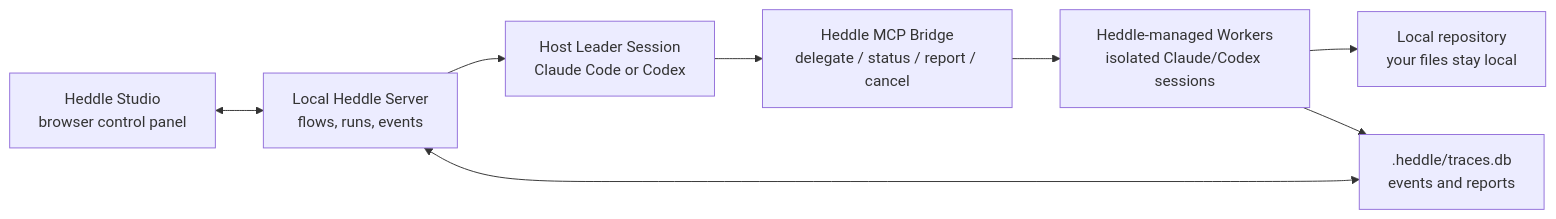
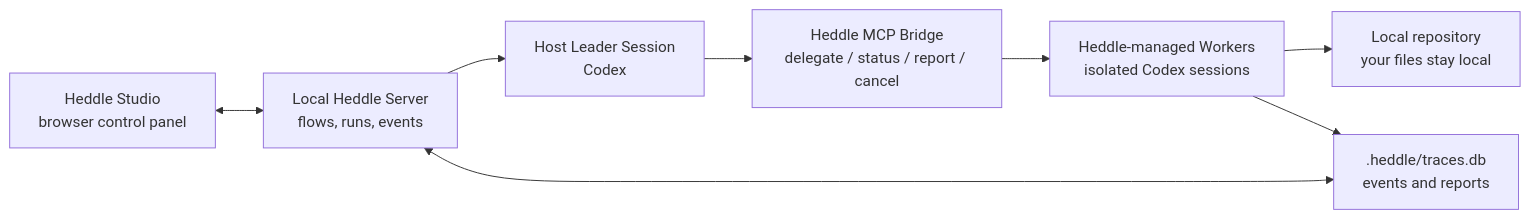
Before and after one commit to aproto9787/loom: the diagram in README.md, drawn with Mermaid. The commit also changed other lines of this file and 70 other files, not shown here.

````diff
--- a/README.md
+++ b/README.md
@@ -70,18 +70,18 @@
 ```mermaid
 flowchart LR
   Studio["Heddle Studio<br/>browser control panel"]
   Server["Local Heddle Server<br/>flows, runs, events"]
-  Leader["Host Leader Session<br/>Claude Code or Codex"]
+  Leader["Host Leader Session<br/>Codex"]
   MCP["Heddle MCP Bridge<br/>delegate / status / report / cancel"]
-  Workers["Heddle-managed Workers<br/>isolated Claude/Codex sessions"]
+  Workers["Heddle-managed Workers<br/>isolated Codex sessions"]
   Repo["Local repository<br/>your files stay local"]
   Trace[".heddle/traces.db<br/>events and reports"]
 
   Studio <--> Server
   Server --> Leader
   Leader --> MCP
   MCP --> Workers
   Workers --> Repo
   Workers --> Trace
   Server <--> Trace
 ```
````
